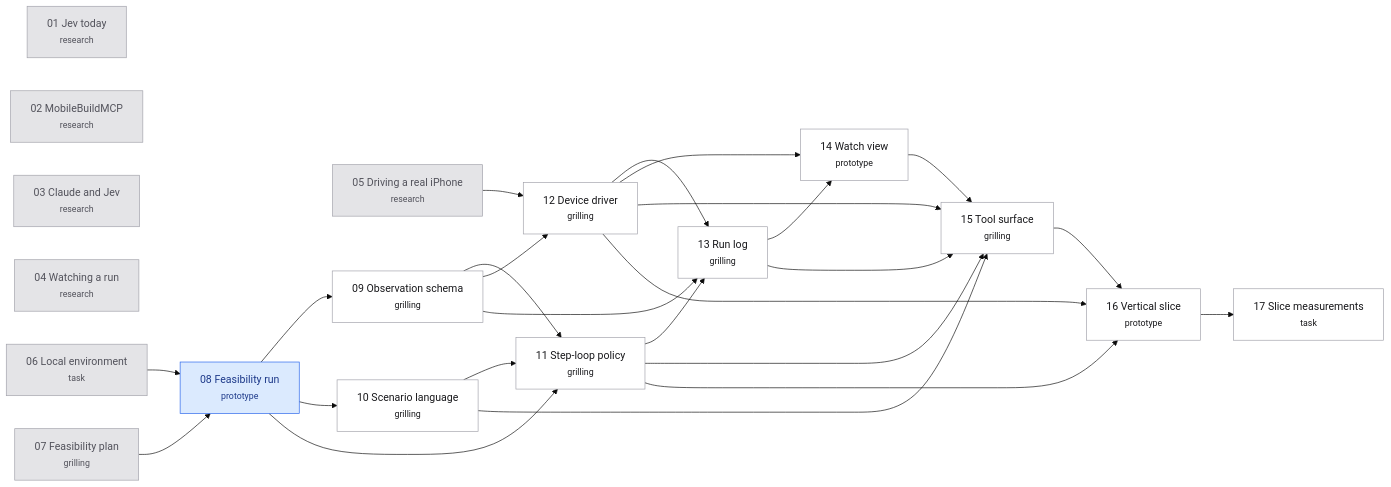
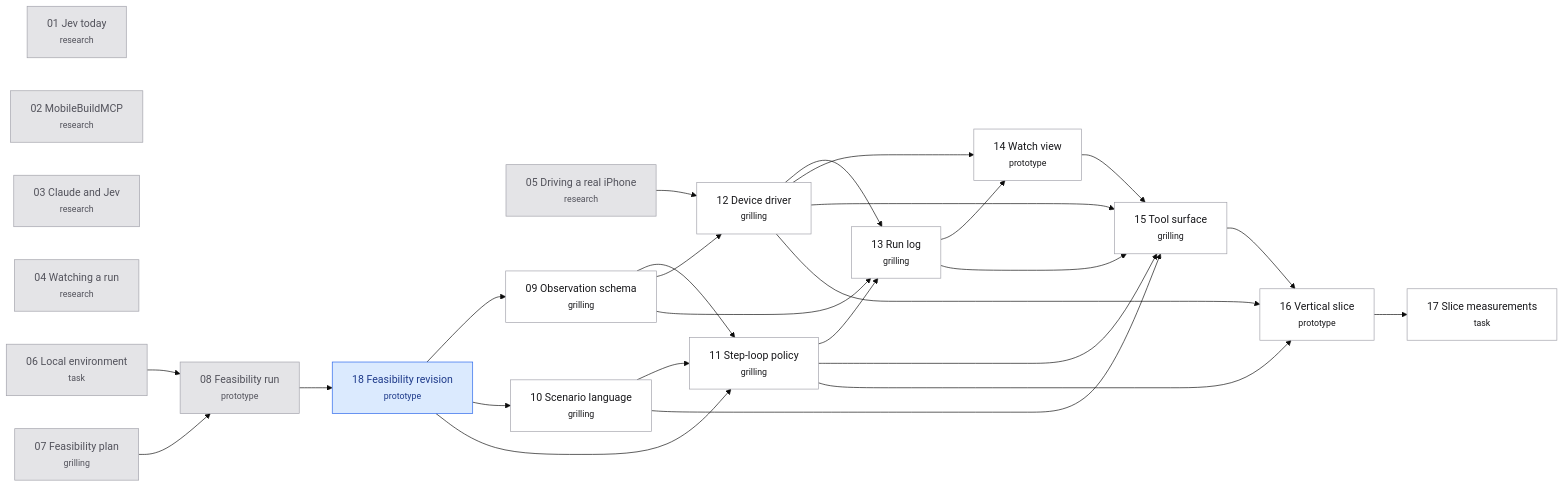
Before and after one commit to hugues-vnsgn/jev-ios-bridge: the diagram in .scratch/jev-ios-bridge/map.md, drawn with Mermaid (base theme). The commit also changed other lines of this file and 166 other files, not shown here.

````diff
--- a/.scratch/jev-ios-bridge/map.md
+++ b/.scratch/jev-ios-bridge/map.md
@@ -47,50 +49,52 @@
 ```mermaid
 flowchart LR
     T01["01 Jev today<br/><small>research</small>"]
     T02["02 MobileBuildMCP<br/><small>research</small>"]
     T03["03 Claude and Jev<br/><small>research</small>"]
     T04["04 Watching a run<br/><small>research</small>"]
     T05["05 Driving a real iPhone<br/><small>research</small>"]
     T06["06 Local environment<br/><small>task</small>"]
     T07["07 Feasibility plan<br/><small>grilling</small>"]
     T08["08 Feasibility run<br/><small>prototype</small>"]
     T09["09 Observation schema<br/><small>grilling</small>"]
     T10["10 Scenario language<br/><small>grilling</small>"]
     T11["11 Step-loop policy<br/><small>grilling</small>"]
     T12["12 Device driver<br/><small>grilling</small>"]
     T13["13 Run log<br/><small>grilling</small>"]
     T14["14 Watch view<br/><small>prototype</small>"]
     T15["15 Tool surface<br/><small>grilling</small>"]
     T16["16 Vertical slice<br/><small>prototype</small>"]
     T17["17 Slice measurements<br/><small>task</small>"]
+    T18["18 Feasibility revision<br/><small>prototype</small>"]
     T06 --> T08
     T07 --> T08
-    T08 --> T09
-    T08 --> T10
-    T08 --> T11
+    T18 --> T09
+    T18 --> T10
+    T18 --> T11
     T09 --> T11
     T10 --> T11
     T05 --> T12
     T09 --> T12
     T09 --> T13
     T11 --> T13
     T12 --> T13
     T12 --> T14
     T13 --> T14
     T10 --> T15
     T11 --> T15
     T12 --> T15
     T13 --> T15
     T14 --> T15
     T11 --> T16
     T12 --> T16
     T15 --> T16
     T16 --> T17
+    T08 --> T18
     classDef resolved fill:#e4e4e7,stroke:#a1a1aa,color:#52525b
     classDef claimed fill:#dbeafe,stroke:#2563eb,color:#1e3a8a
     classDef frontier fill:#dcfce7,stroke:#16a34a,color:#14532d,stroke-width:2px
     classDef blocked fill:#ffffff,stroke:#a1a1aa,color:#18181b
-    class T01,T02,T03,T04,T05,T06,T07 resolved
-    class T08 claimed
+    class T01,T02,T03,T04,T05,T06,T07,T08 resolved
+    class T18 claimed
     class T09,T10,T11,T12,T13,T14,T15,T16,T17 blocked
 ```
````
